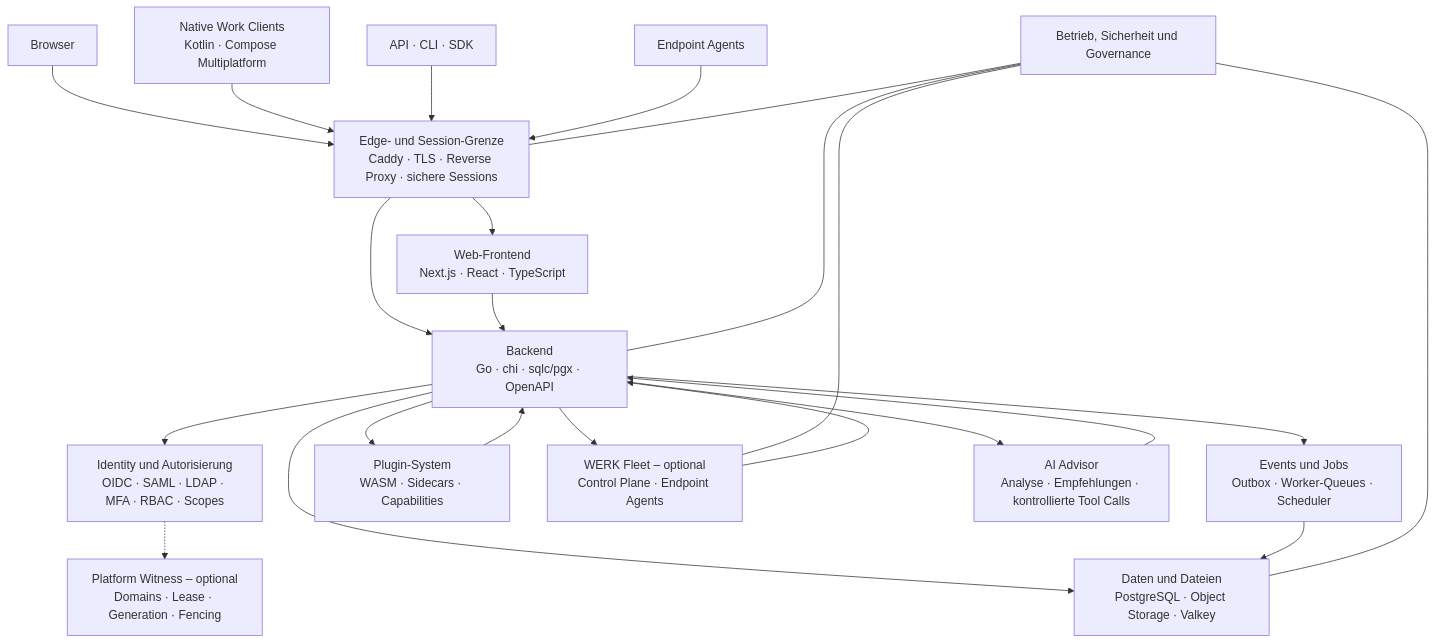
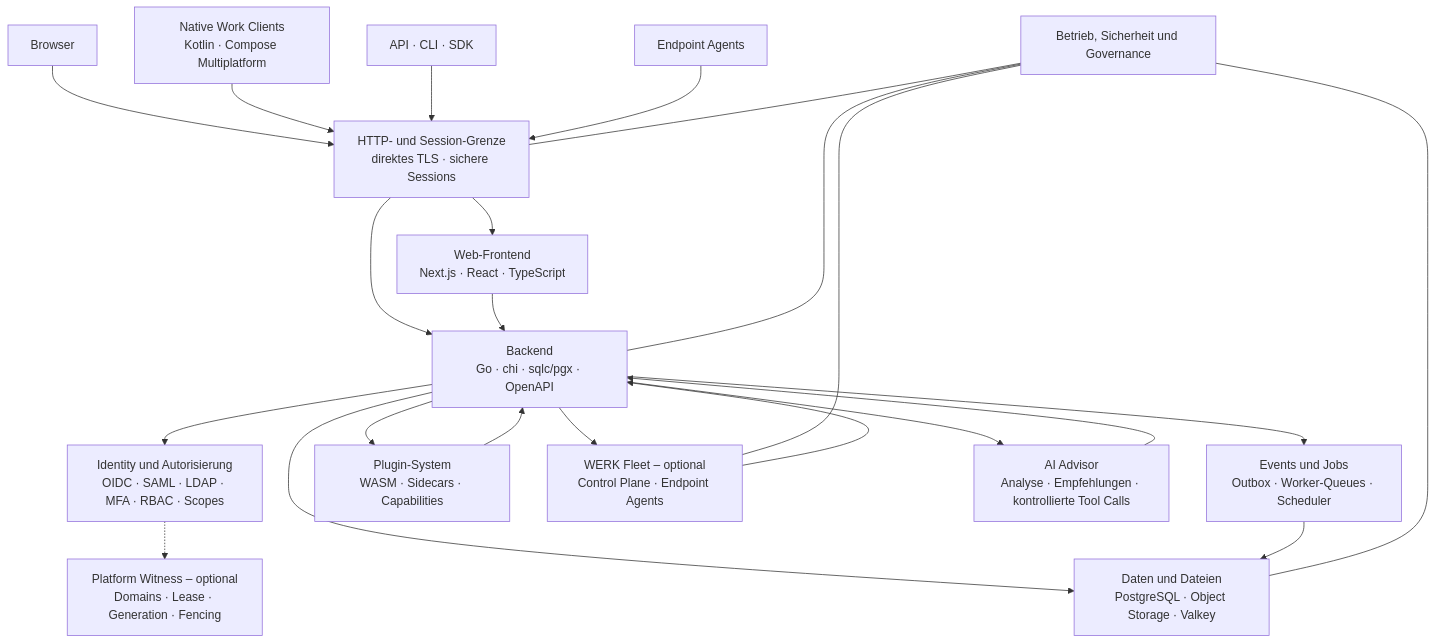
The diagram in docs/vision.md (dytonpictures/werk-plattform), drawn with Mermaid before and after one commit. The commit also changed other lines of this file and 379 other files, not shown here.

````diff
--- a/docs/vision.md
+++ b/docs/vision.md
@@ -118,41 +134,41 @@
 ```mermaid
 flowchart TB
     Browser["Browser"]
     Native["Native Work Clients<br/>Kotlin · Compose Multiplatform"]
     Automation["API · CLI · SDK"]
     Agents["Endpoint Agents"]
-    Edge["Edge- und Session-Grenze<br/>Caddy · TLS · Reverse Proxy · sichere Sessions"]
+    Edge["HTTP- und Session-Grenze<br/>direktes TLS · sichere Sessions"]
     IAM["Identity und Autorisierung<br/>OIDC · SAML · LDAP · MFA · RBAC · Scopes"]
     Witness["Platform Witness – optional<br/>Domains · Lease · Generation · Fencing"]
     Frontend["Web-Frontend<br/>Next.js · React · TypeScript"]
     Backend["Backend<br/>Go · chi · sqlc/pgx · OpenAPI"]
     Jobs["Events und Jobs<br/>Outbox · Worker-Queues · Scheduler"]
     Data["Daten und Dateien<br/>PostgreSQL · Object Storage · Valkey"]
     Plugins["Plugin-System<br/>WASM · Sidecars · Capabilities"]
     Fleet["WERK Fleet – optional<br/>Control Plane · Endpoint Agents"]
     AI["AI Advisor<br/>Analyse · Empfehlungen · kontrollierte Tool Calls"]
     Ops["Betrieb, Sicherheit und Governance"]
 
     Browser --> Edge
     Native --> Edge
     Automation --> Edge
     Agents --> Edge
     Edge --> Frontend
     Edge --> Backend
     Frontend --> Backend
     Backend --> IAM
     IAM -.-> Witness
     Backend --> Jobs
     Backend --> Data
     Backend --> Plugins
     Backend --> Fleet
     Backend --> AI
     Jobs --> Data
     Plugins --> Backend
     AI --> Backend
     Fleet --> Backend
     Ops --- Edge
     Ops --- Backend
     Ops --- Data
     Ops --- Fleet
 ```
````
